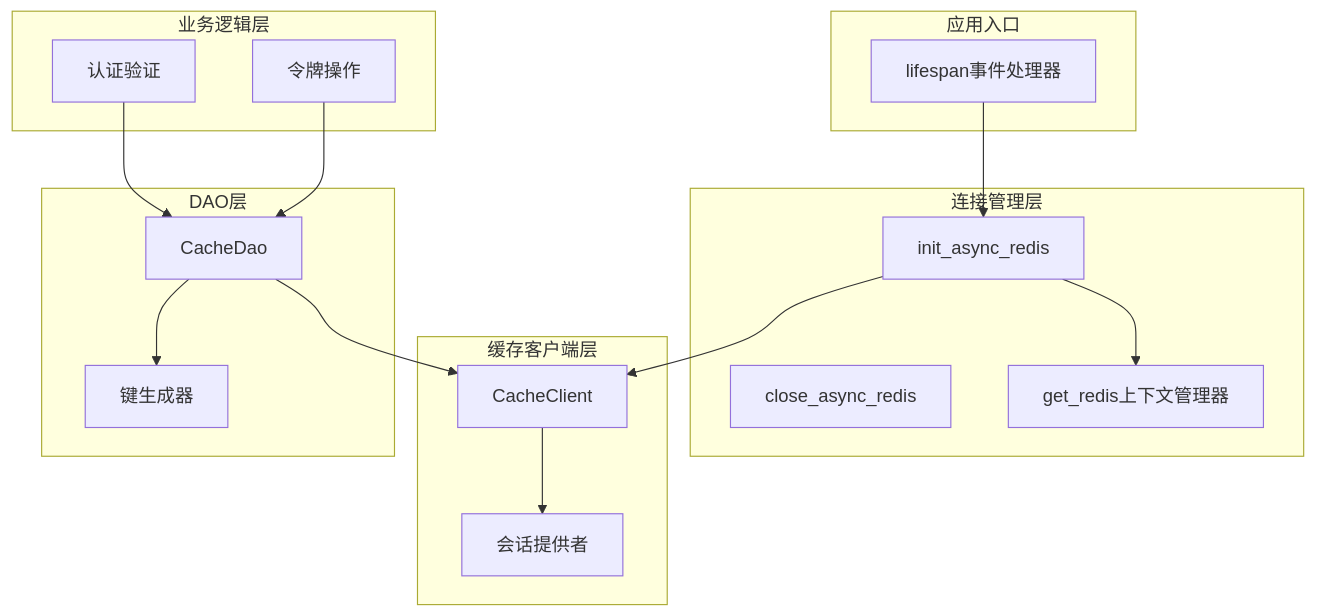
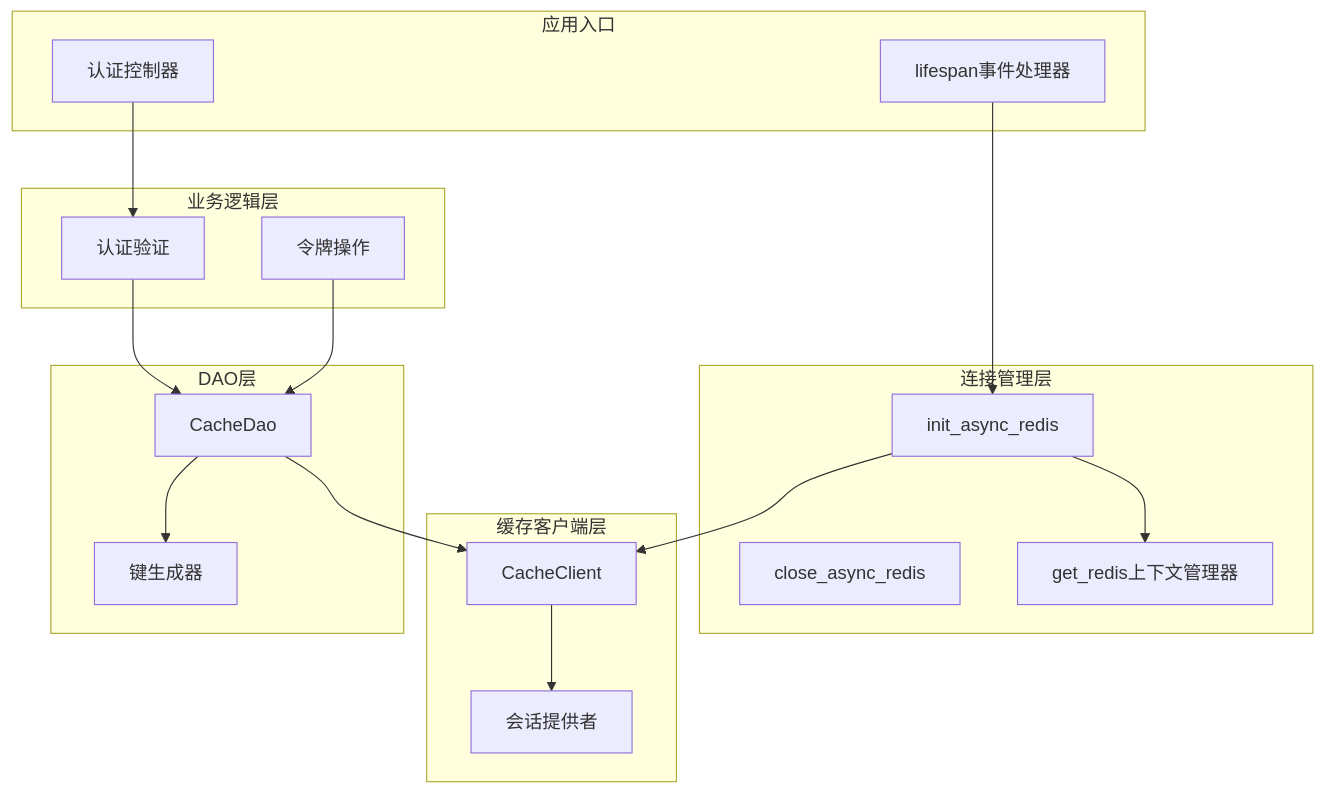
The third of 8 diagrams in .qoder/repowiki/zh/content/数据访问层/Redis数据访问对象.md (lilinzezzzzzz/fastapi-backend), drawn with Mermaid before and after one commit. The commit also changed other lines of this file and 38 other files, not shown here.

````diff
--- a/.qoder/repowiki/zh/content/数据访问层/Redis数据访问对象.md
+++ b/.qoder/repowiki/zh/content/数据访问层/Redis数据访问对象.md
@@ -129,31 +142,33 @@
 ```mermaid
 graph TB
 subgraph "应用入口"
 LIFESPAN[lifespan事件处理器]
+CONTROLLER[认证控制器]
 end
 subgraph "连接管理层"
 INIT[init_async_redis]
 CLOSE[close_async_redis]
 GET[get_redis上下文管理器]
 end
 subgraph "缓存客户端层"
 CACHE_CLIENT[CacheClient]
 SESSION_PROVIDER[会话提供者]
 end
 subgraph "DAO层"
 CACHE_DAO[CacheDao]
 KEY_GENERATORS[键生成器]
 end
 subgraph "业务逻辑层"
 AUTH_VERIFY[认证验证]
 TOKEN_OPERATIONS[令牌操作]
 end
 LIFESPAN --> INIT
 INIT --> GET
 INIT --> CACHE_CLIENT
 CACHE_CLIENT --> SESSION_PROVIDER
 CACHE_DAO --> CACHE_CLIENT
 CACHE_DAO --> KEY_GENERATORS
 AUTH_VERIFY --> CACHE_DAO
 TOKEN_OPERATIONS --> CACHE_DAO
+CONTROLLER --> AUTH_VERIFY
 ```
````
